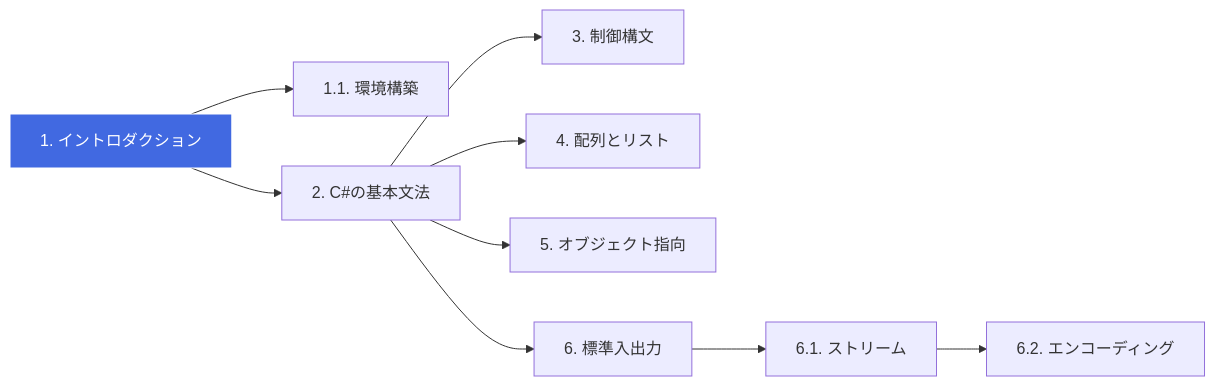
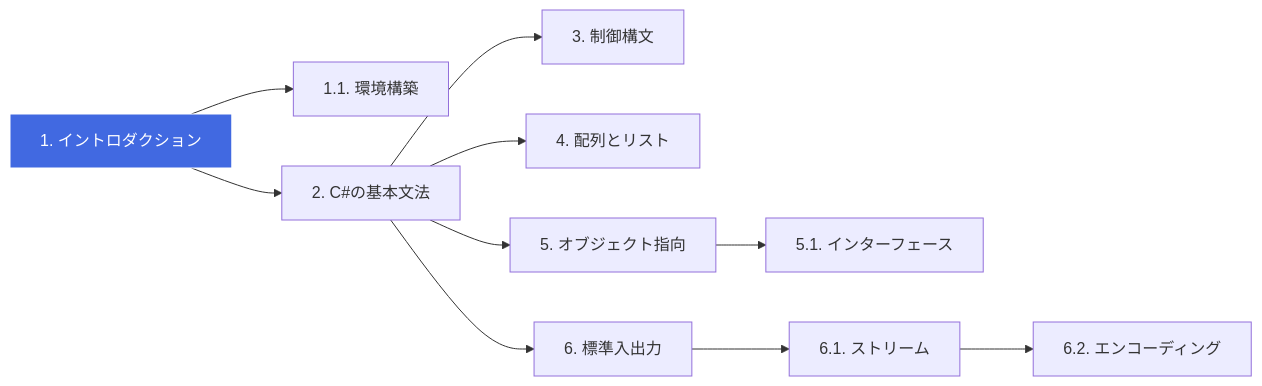
Before and after one commit to h0r1-m/csharp_zoro_to_hero: the diagram in README.md, drawn with Mermaid. The commit also changed other lines of this file and 1 other file, not shown here.

Commit message:
インターフェース

````diff
--- a/README.md
+++ b/README.md
@@ -16,12 +16,13 @@
 ```mermaid
 flowchart LR
   S1[1. イントロダクション] --> S11[1.1. 環境構築]
   S1 --> S2[2. C#の基本文法]
   S2 --> S3[3. 制御構文]
   S2 --> S4[4. 配列とリスト]
   S2 --> S5[5. オブジェクト指向]
+  S5 --> S51[5.1. インターフェース]
   S2 --> S6[6. 標準入出力]
   S6 --> S61[6.1. ストリーム]
   S61 --> S62[6.2. エンコーディング]
   style S1 fill:#4169e1,stroke:#fff,color:#fff
 ```
````
